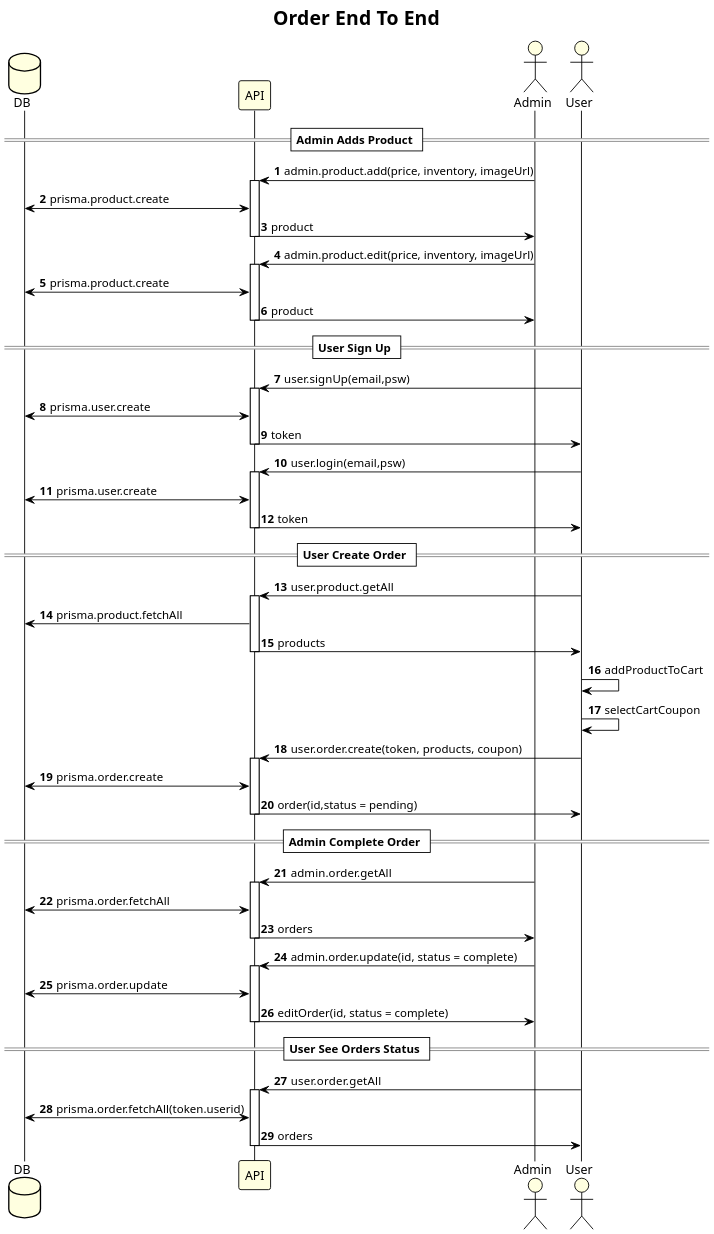
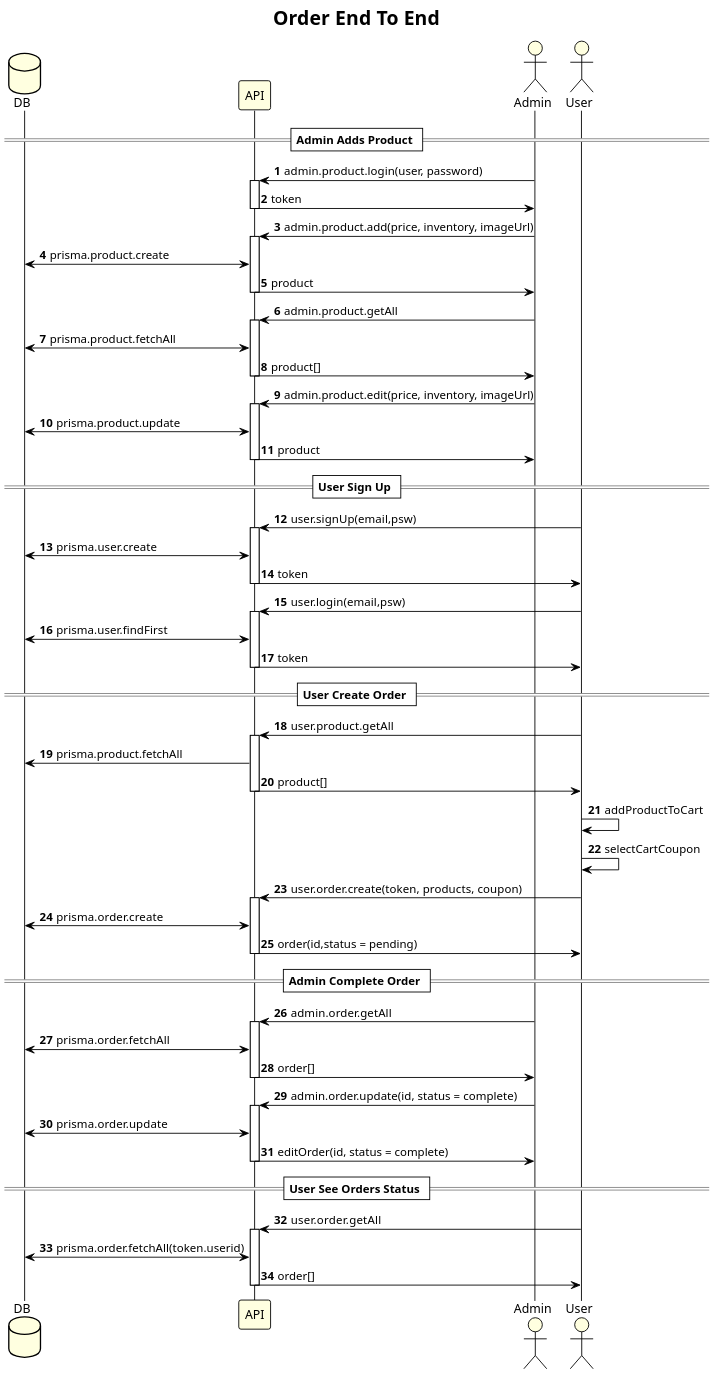
One commit to Yanipo5/protfolio-store changed the diagram in uml/order-e2e.puml. Above: the diagram before and after it, drawn with PlantUML. The commit also changed 15 other files, not shown here.

```diff
--- a/uml/order-e2e.puml
+++ b/uml/order-e2e.puml
@@ -1,46 +1,51 @@
 @startuml Order End To End
 title Order End To End
 scale 2
 autonumber
 !theme plain
 
 database DB #LightYellow
 participant API #LightYellow
 actor Admin #LightYellow
 actor User #LightYellow
 
 == Admin Adds Product ==
+Admin -> API ++ : admin.product.login(user, password)
+Admin <- API -- : token
 Admin -> API ++: admin.product.add(price, inventory, imageUrl)
 API <-> DB: prisma.product.create
 Admin <- API --: product
+Admin -> API ++: admin.product.getAll
+API <-> DB: prisma.product.fetchAll
+Admin <- API --: product[]
 Admin -> API ++: admin.product.edit(price, inventory, imageUrl)
-API <-> DB: prisma.product.create
+API <-> DB: prisma.product.update
 Admin <- API --: product
 == User Sign Up ==
 User -> API ++: user.signUp(email,psw)
 API <-> DB: prisma.user.create
 User <- API --: token
 User -> API ++: user.login(email,psw)
-API <-> DB: prisma.user.create
+API <-> DB: prisma.user.findFirst
 User <- API --: token
 == User Create Order ==
 User -> API ++: user.product.getAll
 API -> DB: prisma.product.fetchAll
-User <- API --: products
+User <- API --: product[]
 User -> User : addProductToCart
 User -> User : selectCartCoupon
 User -> API ++ : user.order.create(token, products, coupon)
 API <-> DB : prisma.order.create
 User <- API -- : order(id,status = pending)
 == Admin Complete Order ==
 Admin -> API ++: admin.order.getAll
 API <-> DB: prisma.order.fetchAll
-Admin <- API --: orders
+Admin <- API --: order[]
 Admin -> API ++: admin.order.update(id, status = complete)
 API <-> DB: prisma.order.update
 Admin <- API --: editOrder(id, status = complete)
 == User See Orders Status ==
 User -> API ++: user.order.getAll
 API <-> DB: prisma.order.fetchAll(token.userid)
-User <- API --: orders
+User <- API --: order[]
 @enduml
```
